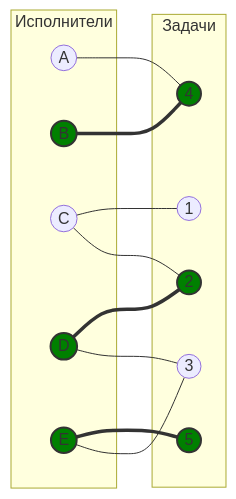
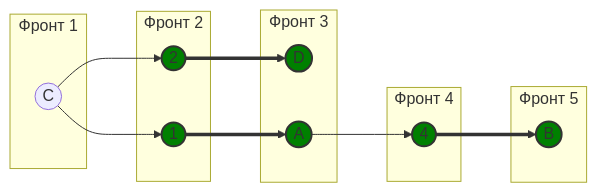
One commit to algos-ris-24-4/manual-tasks changed the ninth of 12 diagrams in Задание 8/algosiki.md. Above: the diagram before and after it, drawn with Mermaid. The commit also changed other lines of this file, not shown here.

````diff
--- a/Задание 8/algosiki.md
+++ b/Задание 8/algosiki.md
@@ -521,32 +432,30 @@
 ```mermaid
 graph LR
-    subgraph "Исполнители"
-        A((A))
-        B((B))
+    subgraph "Фронт 1"
         C((C))
-        D((D))
-        E((E))
     end
-    subgraph "Задачи"
+    subgraph "Фронт 2"
         1((1))
         2((2))
-        3((3))
+    end
+    subgraph "Фронт 3"
+        D((D))
+        A((A))
+    end
+        subgraph "Фронт 4"
         4((4))
-        5((5))
     end
-    A --- 4
-    B === 4
-    C --- 1
-    C --- 2
-    D === 2
-    D --- 3
-    E === 5
-    E --- 3
-    
-    style B fill:#008000,stroke:#333,stroke-width:2px
-    style D fill:#008000,stroke:#333,stroke-width:2px
-    style E fill:#008000,stroke:#333,stroke-width:2px
+        subgraph "Фронт 5"
+        B((B))
+    end
+    C --> 1 ==> A --> 4 ==> B
+    C --> 2 ==> D
+
+    style 1 fill:#008000,stroke:#333,stroke-width:2px
     style 2 fill:#008000,stroke:#333,stroke-width:2px
     style 4 fill:#008000,stroke:#333,stroke-width:2px
-    style 5 fill:#008000,stroke:#333,stroke-width:2px
+    style A fill:#008000,stroke:#333,stroke-width:2px
+    style D fill:#008000,stroke:#333,stroke-width:2px
+    style B fill:#008000,stroke:#333,stroke-width:2px
+
 ```
````
